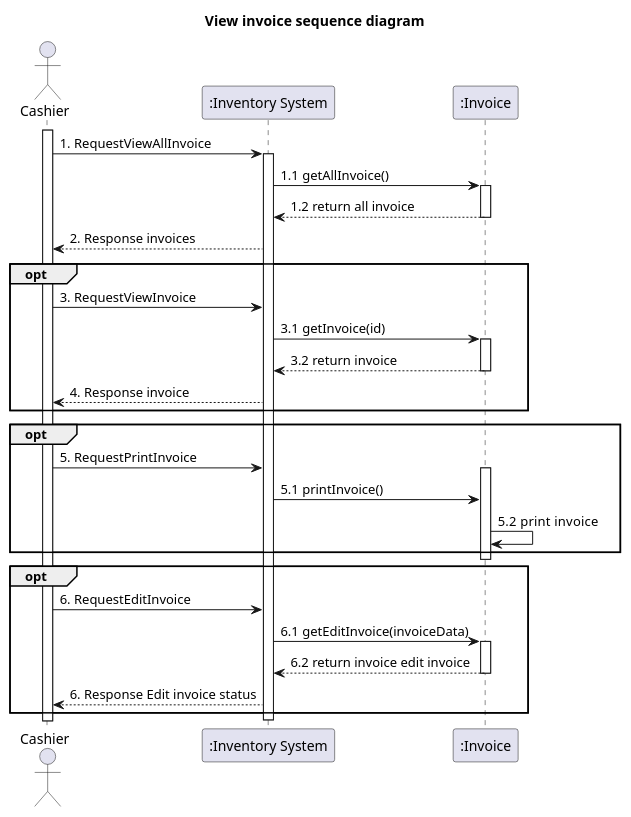
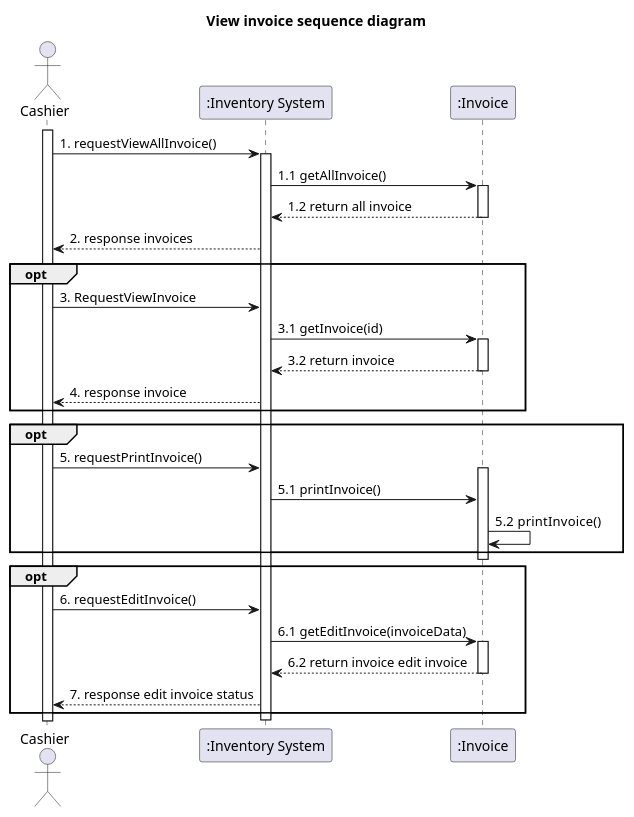
The diagram in system-analysis/sequence/_5_1_sequence-view-invoice.puml (billowdev/inventory-system-plantuml-sequelize-seeder-example), drawn with PlantUML before and after one commit. The commit also changed 22 other files, not shown here.

Commit message:
update sequence refactor to lowwer case

```diff
--- a/system-analysis/sequence/_5_1_sequence-view-invoice.puml
+++ b/system-analysis/sequence/_5_1_sequence-view-invoice.puml
@@ -1,68 +1,68 @@
 @startuml
 'example
 title View invoice sequence diagram
 
 actor Cashier as actorCashier
 participant ":Inventory System" as InventorySystem
 
 participant ":Invoice" as classInvoice
 
 activate actorCashier
 
-actorCashier -> InventorySystem: 1. RequestViewAllInvoice
+actorCashier -> InventorySystem: 1. requestViewAllInvoice()
 activate InventorySystem
 
 InventorySystem -> classInvoice: 1.1 getAllInvoice()
 activate classInvoice
 
 classInvoice --> InventorySystem: 1.2 return all invoice
 deactivate classInvoice
 
-InventorySystem --> actorCashier : 2. Response invoices
+InventorySystem --> actorCashier : 2. response invoices
 
 
 
 
 opt
 actorCashier -> InventorySystem: 3. RequestViewInvoice
 
 
 InventorySystem -> classInvoice: 3.1 getInvoice(id)
 activate classInvoice
 
 classInvoice --> InventorySystem: 3.2 return invoice
 deactivate classInvoice
 
-InventorySystem --> actorCashier : 4. Response invoice
+InventorySystem --> actorCashier : 4. response invoice
 
 end
 
 
 opt
-actorCashier -> InventorySystem : 5. RequestPrintInvoice
+actorCashier -> InventorySystem : 5. requestPrintInvoice()
 
 
 activate classInvoice
 InventorySystem -> classInvoice : 5.1 printInvoice()
 
-classInvoice -> classInvoice : 5.2  print invoice
+classInvoice -> classInvoice : 5.2  printInvoice()
 
 end
 deactivate classInvoice
 
 opt
-actorCashier -> InventorySystem: 6. RequestEditInvoice
+actorCashier -> InventorySystem: 6. requestEditInvoice()
 
 
 InventorySystem -> classInvoice: 6.1 getEditInvoice(invoiceData)
 activate classInvoice
 
 classInvoice --> InventorySystem: 6.2 return invoice edit invoice
 deactivate classInvoice
 
-InventorySystem --> actorCashier : 6. Response Edit invoice status
+InventorySystem --> actorCashier : 7. response edit invoice status
 end
 deactivate InventorySystem
 
 
 @enduml
```
